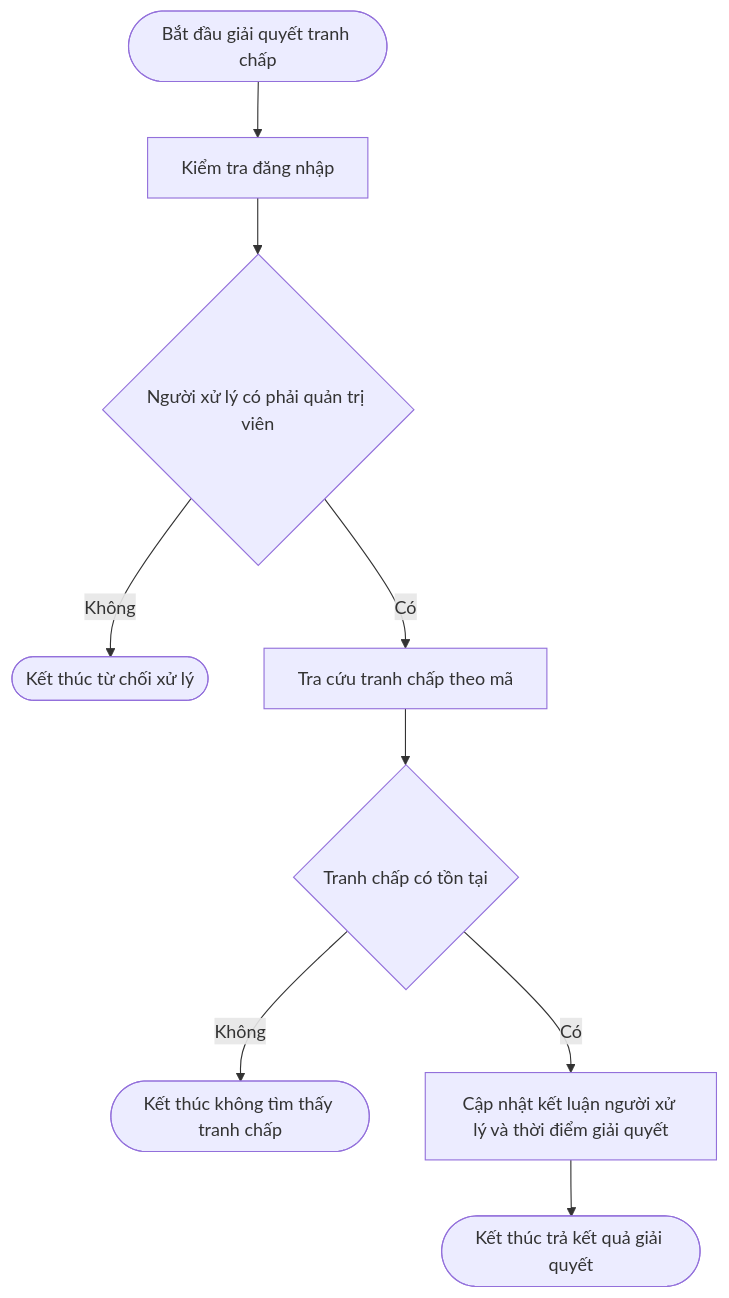
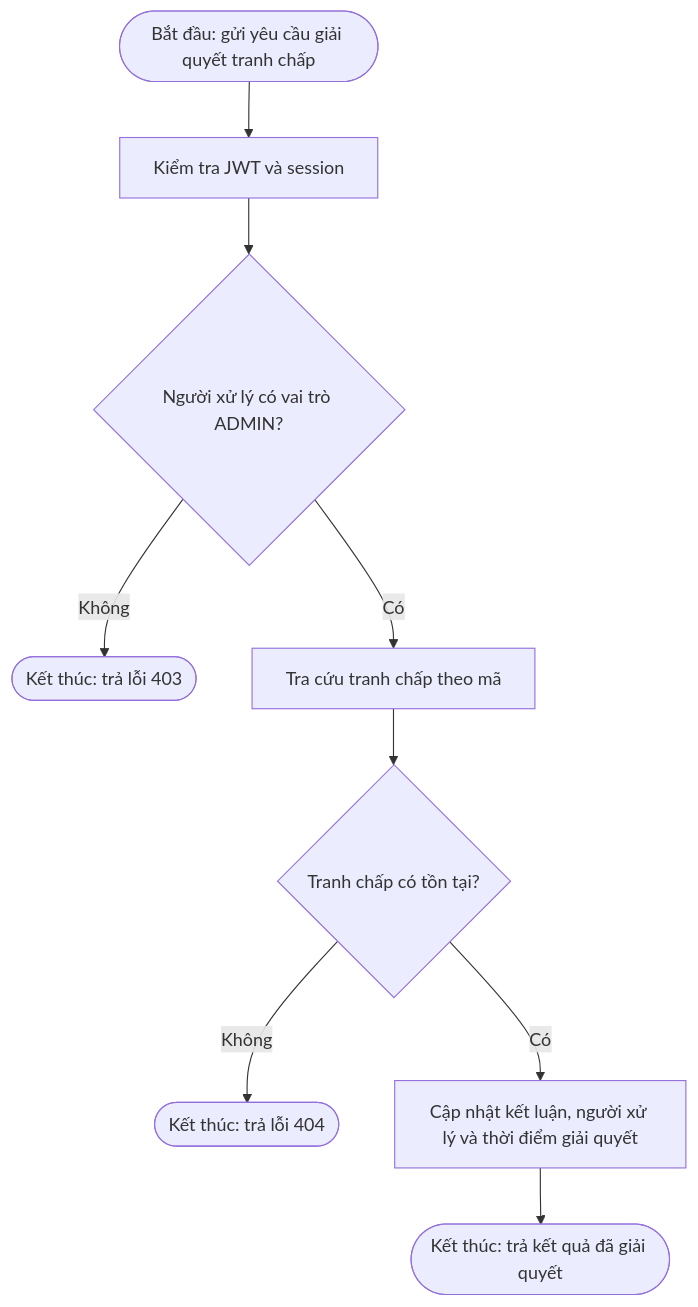
One commit to MinTruqday/dl changed the sixth of 10 diagrams in drm_full_workflow_guide.md. Above: the diagram before and after it, drawn with Mermaid. The commit also changed other lines of this file and 78 other files, not shown here.

````diff
--- a/drm_full_workflow_guide.md
+++ b/drm_full_workflow_guide.md
@@ -230,11 +161,11 @@
 ```mermaid
 flowchart TD
-    Start([Bắt đầu giải quyết tranh chấp]) --> Authenticate[Kiểm tra đăng nhập]
-    Authenticate --> IsAdmin{Người xử lý có phải quản trị viên}
-    IsAdmin -->|Không| Deny([Kết thúc từ chối xử lý])
+    Start([Bắt đầu: gửi yêu cầu giải quyết tranh chấp]) --> Authenticate[Kiểm tra JWT và session]
+    Authenticate --> IsAdmin{Người xử lý có vai trò ADMIN?}
+    IsAdmin -->|Không| Deny([Kết thúc: trả lỗi 403])
     IsAdmin -->|Có| FindDispute[Tra cứu tranh chấp theo mã]
-    FindDispute --> Exists{Tranh chấp có tồn tại}
-    Exists -->|Không| NotFound([Kết thúc không tìm thấy tranh chấp])
-    Exists -->|Có| ResolveDispute[Cập nhật kết luận người xử lý và thời điểm giải quyết]
-    ResolveDispute --> End([Kết thúc trả kết quả giải quyết])
+    FindDispute --> Exists{Tranh chấp có tồn tại?}
+    Exists -->|Không| NotFound([Kết thúc: trả lỗi 404])
+    Exists -->|Có| ResolveDispute[Cập nhật kết luận, người xử lý và thời điểm giải quyết]
+    ResolveDispute --> End([Kết thúc: trả kết quả đã giải quyết])
 ```
````
